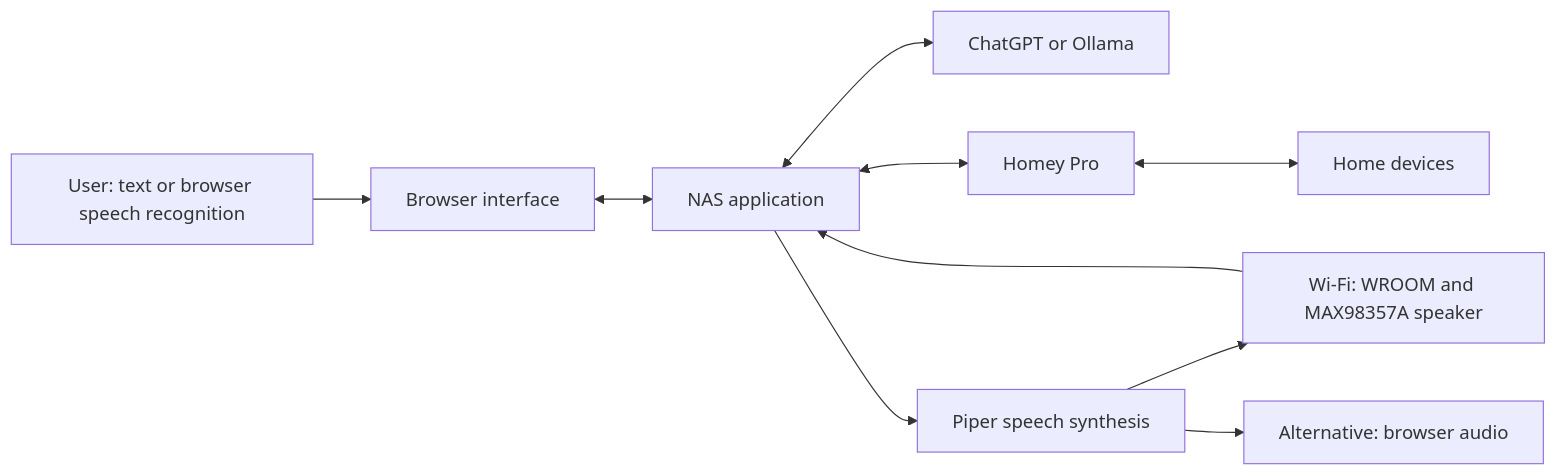
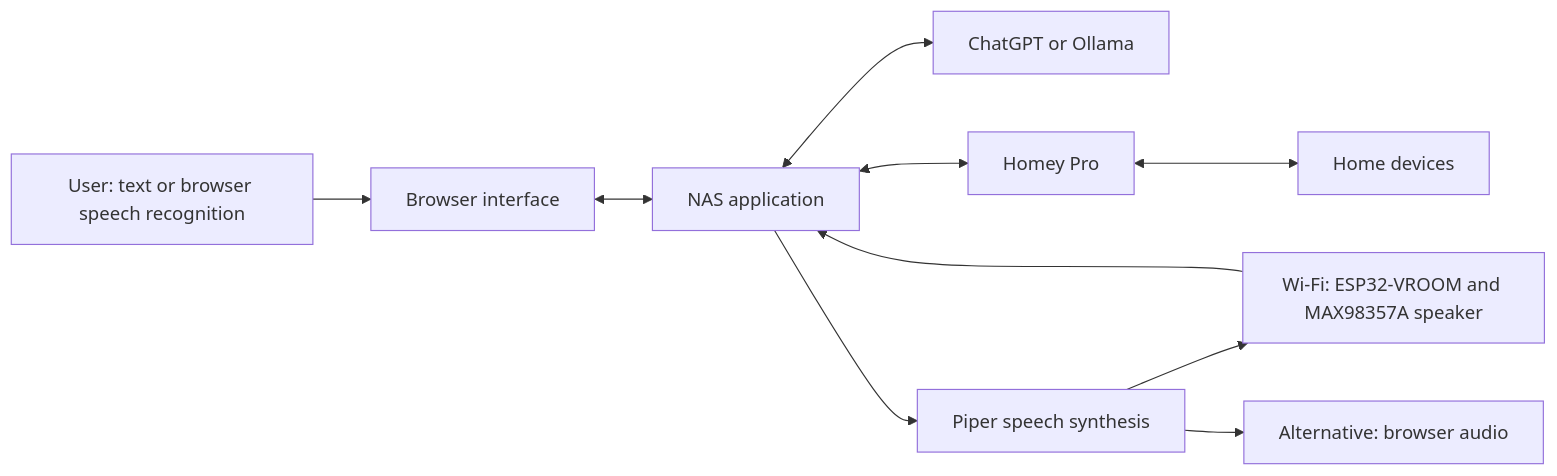
Before and after one commit to mschyllander/HAL9000: the diagram in README.md, drawn with Mermaid. The commit also changed other lines of this file, not shown here.

Commit message:
Correct microphone hardware status and document planned ESP32-VROOM LED eye controller

````diff
--- a/README.md
+++ b/README.md
@@ -37,12 +37,12 @@
 ```mermaid
 flowchart LR
     User[User: text or browser speech recognition] --> UI[Browser interface]
     UI <--> Backend[NAS application]
     Backend <--> AI[ChatGPT or Ollama]
     Backend <--> Homey[Homey Pro]
     Homey <--> Devices[Home devices]
     Backend --> Voice[Piper speech synthesis]
-    Voice --> Speaker[Wi-Fi: WROOM and MAX98357A speaker]
+    Voice --> Speaker[Wi-Fi: ESP32-VROOM and MAX98357A speaker]
     Voice --> Browser[Alternative: browser audio]
     Speaker --> Backend
 ```
````
